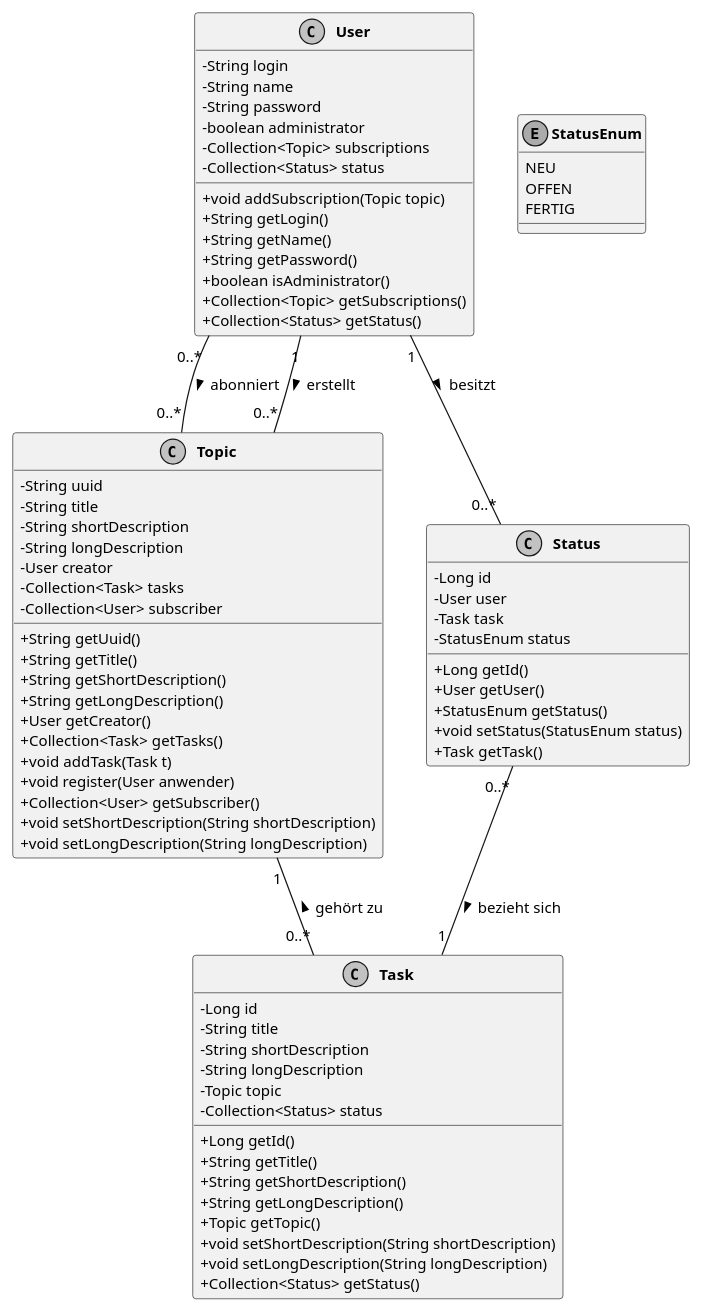
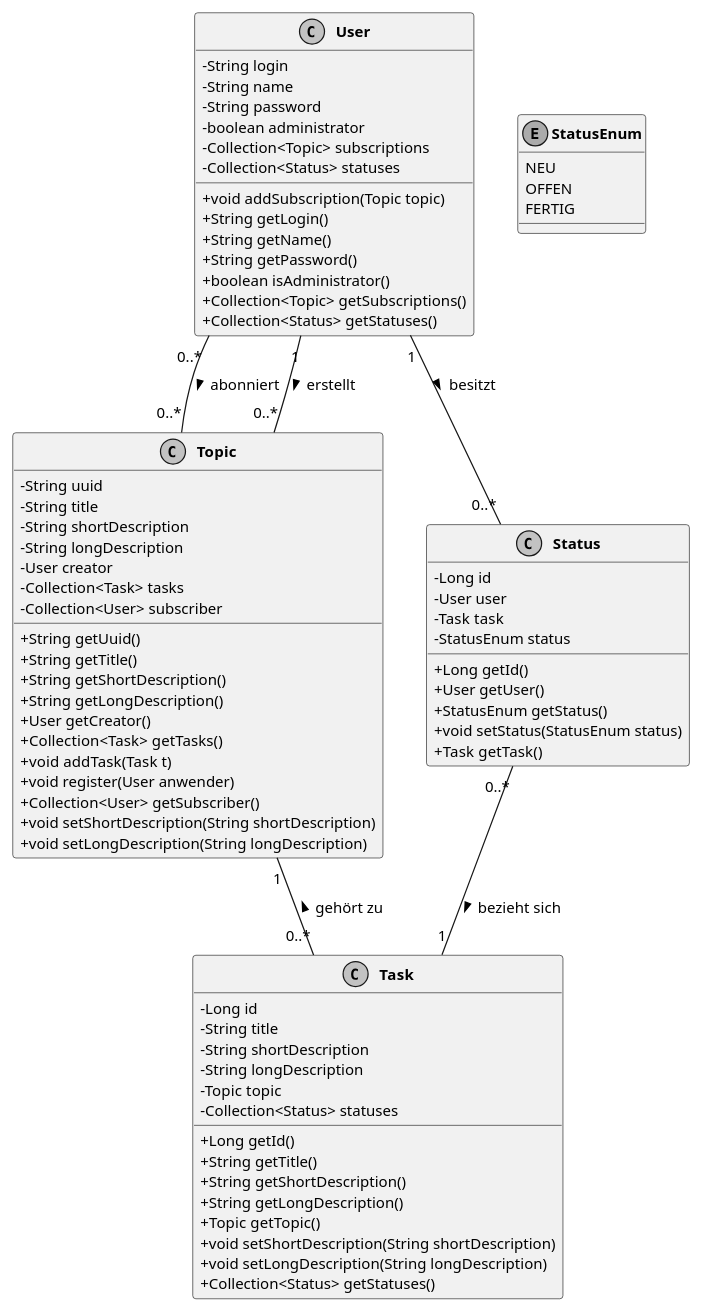
Before and after one commit to SimonHirner/agenda20: the diagram in doku/Datenmodell.plantuml, drawn with PlantUML. The commit also changed 10 other files, not shown here.

```diff
--- a/doku/Datenmodell.plantuml
+++ b/doku/Datenmodell.plantuml
@@ -1,92 +1,92 @@
 @startuml
 
 ' Layout
 skinparam classAttributeIconSize 0
 skinparam monochrome true
 skinparam shadowing false
 skinparam DefaultFontName arial
 skinparam DefaultFontSize 12
 skinparam ClassFontStyle bold
 hide empty fields
 
 ' Assoziationen
 User "0..*" -- "0..*" Topic : > abonniert
 User "1" -- "0..*" Topic : > erstellt
 User "1" -- "0..*" Status : > besitzt
 Topic "1" -- "0..*" Task : < gehört zu
 Status "0..*" -- "1" Task : > bezieht sich
 
 ' Klassen
 class Status [[java:edu.hm.cs.katz.swt2.agenda.persistence.Status]] {
 	-Long id
 	-User user
 	-Task task
 	-StatusEnum status
 	+Long getId()
 	+User getUser()
 	+StatusEnum getStatus()
 	+void setStatus(StatusEnum status)
 	+Task getTask()
 }
 
 class Task [[java:edu.hm.cs.katz.swt2.agenda.persistence.Task]] {
 	-Long id
 	-String title
 	-String shortDescription
 	-String longDescription
 	-Topic topic
-	-Collection<Status> status
+	-Collection<Status> statuses
 	+Long getId()
 	+String getTitle()
 	+String getShortDescription()
 	+String getLongDescription()
 	+Topic getTopic()
 	+void setShortDescription(String shortDescription)
 	+void setLongDescription(String longDescription)
-	+Collection<Status> getStatus()
+	+Collection<Status> getStatuses()
 }
 
 class User [[java:edu.hm.cs.katz.swt2.agenda.persistence.User]] {
 	-String login
 	-String name
 	-String password
 	-boolean administrator
 	-Collection<Topic> subscriptions
-	-Collection<Status> status
+	-Collection<Status> statuses
 	+void addSubscription(Topic topic)
 	+String getLogin()
 	+String getName()
 	+String getPassword()
 	+boolean isAdministrator()
 	+Collection<Topic> getSubscriptions()
-	+Collection<Status> getStatus()
+	+Collection<Status> getStatuses()
 }
 
 class Topic [[java:edu.hm.cs.katz.swt2.agenda.persistence.Topic]] {
 	-String uuid
 	-String title
 	-String shortDescription
 	-String longDescription
 	-User creator
 	-Collection<Task> tasks
 	-Collection<User> subscriber
 	+String getUuid()
 	+String getTitle()
 	+String getShortDescription()
 	+String getLongDescription()
 	+User getCreator()
 	+Collection<Task> getTasks()
 	+void addTask(Task t)
 	+void register(User anwender)
 	+Collection<User> getSubscriber()
 	+void setShortDescription(String shortDescription)
 	+void setLongDescription(String longDescription)
 }
 
 enum StatusEnum [[java:edu.hm.cs.katz.swt2.agenda.common.StatusEnum]] {
 	NEU
 	OFFEN
 	FERTIG
 }
 
 @enduml
```
